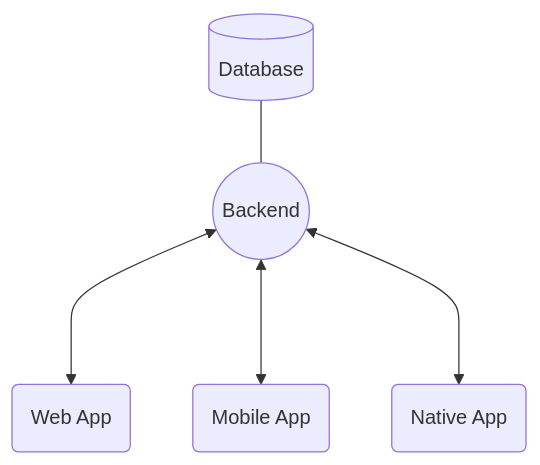
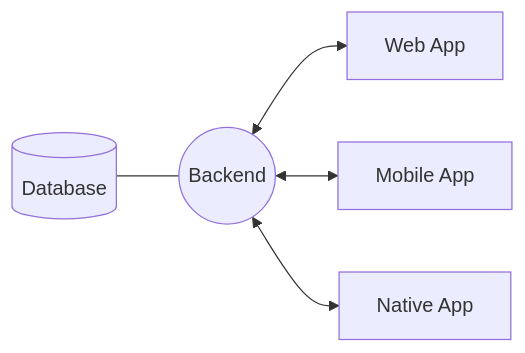
One commit to LowComDenom/wellness-calendar changed the first of 4 diagrams in README.md. Above: the diagram before and after it, drawn with Mermaid. The commit also changed other lines of this file, not shown here.

````diff
--- a/README.md
+++ b/README.md
@@ -9,7 +9,7 @@
 ```mermaid
-flowchart TD
-1[(Database)] --- 2((Backend))
-2 <---> 3.1(Web App)
-2 <---> 3.2(Mobile App)
-2 <---> 3.3(Native App)
+flowchart LR
+    Database[(Database)] --- Backend((Backend))
+    Backend <--> Web[Web App]
+    Backend <--> Mobile[Mobile App]
+    Backend <--> Native[Native App]
 ```
````
